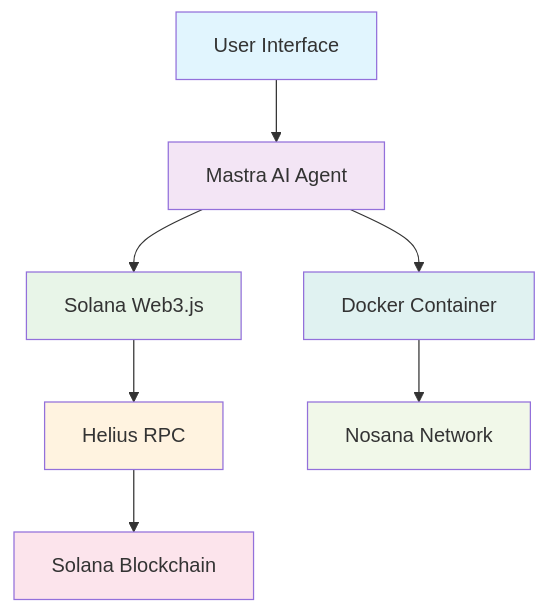
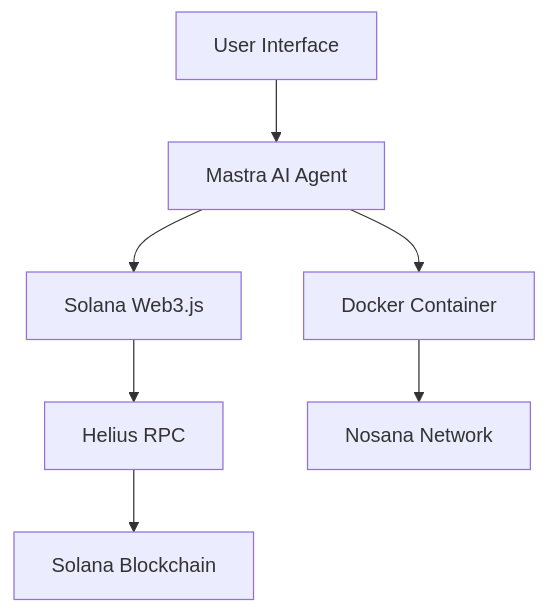
The diagram in README.md (18bharathkumar/agent-challenge), drawn with Mermaid before and after one commit. The commit also changed other lines of this file, not shown here.

````diff
--- a/README.md
+++ b/README.md
@@ -83,17 +51,9 @@
 ```mermaid
 graph TB
-    A[User Interface] --> B[ Mastra AI Agent]
-    B --> C[ Solana Web3.js]
-    C --> D[ Helius RPC]
+    A[User Interface] --> B[Mastra AI Agent]
+    B --> C[Solana Web3.js]
+    C --> D[Helius RPC]
     D --> E[Solana Blockchain]
     B --> F[Docker Container]
     F --> G[Nosana Network]
-    
-    style A fill:#e1f5fe
-    style B fill:#f3e5f5
-    style C fill:#e8f5e8
-    style D fill:#fff3e0
-    style E fill:#fce4ec
-    style F fill:#e0f2f1
-    style G fill:#f1f8e9
 ```
````
